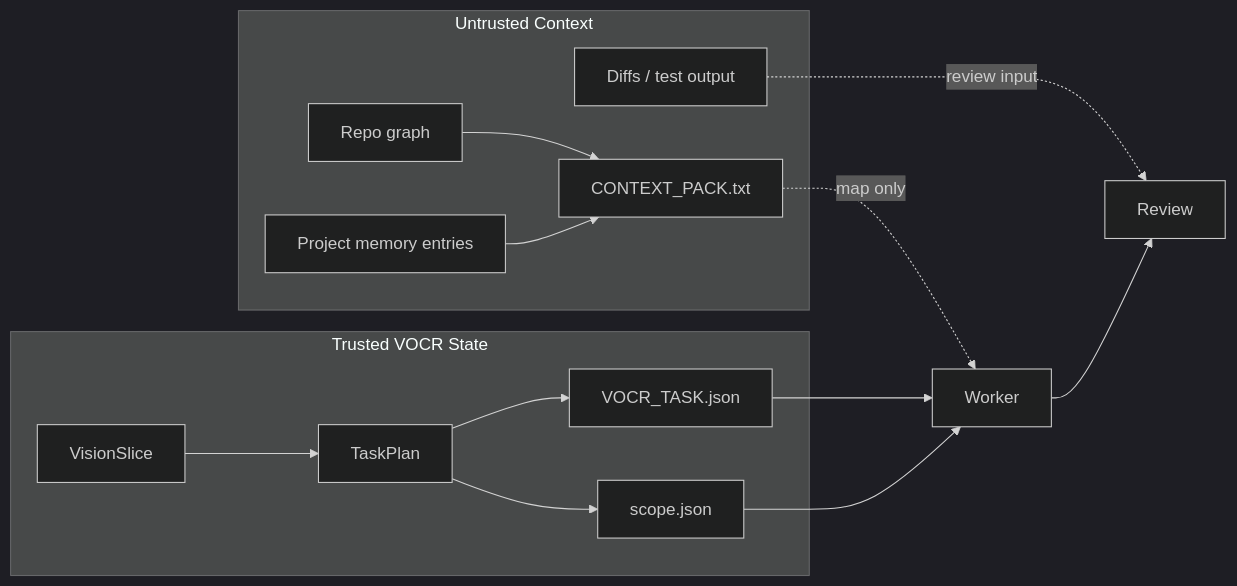
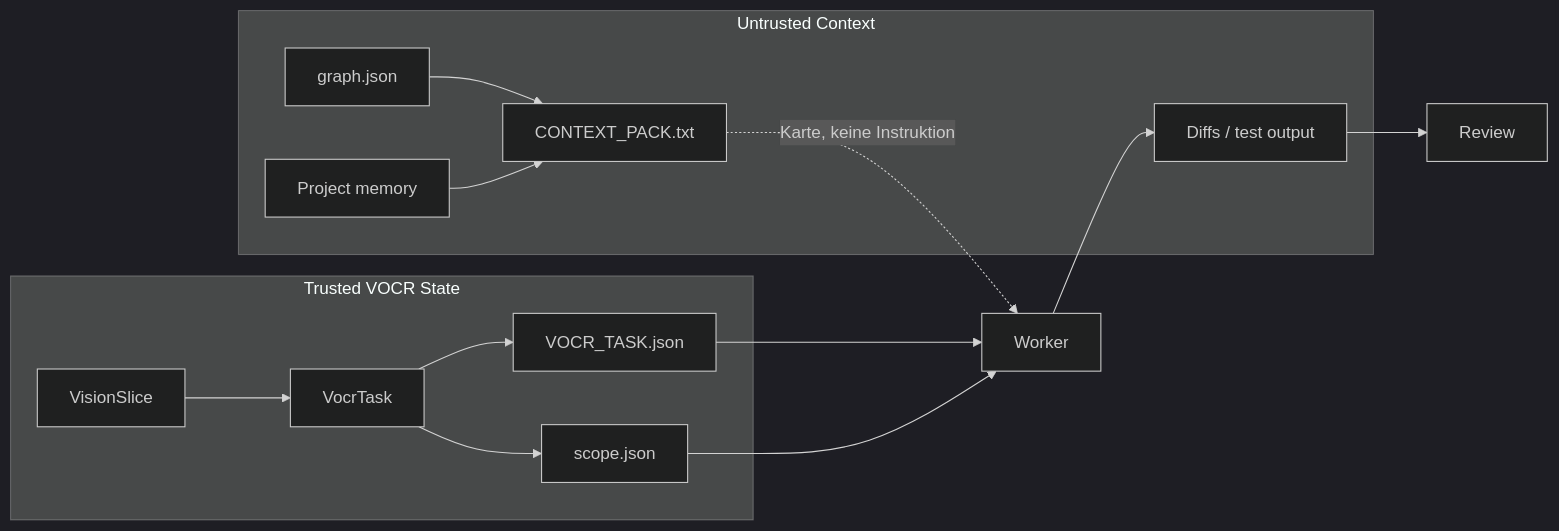
One commit to JeansBraindead/Codex-VOCR changed the third of 3 diagrams in README.md. Above: the diagram before and after it, drawn with Mermaid (dark theme). The commit also changed other lines of this file, not shown here.

````diff
--- a/README.md
+++ b/README.md
@@ -108,26 +160,26 @@
 ```mermaid
 flowchart LR
     subgraph Trusted["Trusted VOCR State"]
         VS["VisionSlice"]
-        TP["TaskPlan"]
-        TC["VOCR_TASK.json"]
-        SP["scope.json"]
+        T["VocrTask"]
+        JSON["VOCR_TASK.json"]
+        SCOPE["scope.json"]
     end
 
     subgraph Untrusted["Untrusted Context"]
-        RG["Repo graph"]
-        CP["CONTEXT_PACK.txt"]
-        DF["Diffs / test output"]
-        PM["Project memory entries"]
+        GRAPH["graph.json"]
+        PACK["CONTEXT_PACK.txt"]
+        DIFF["Diffs / test output"]
+        MEM["Project memory"]
     end
 
-    VS --> TP --> TC
-    TP --> SP
-    RG --> CP
-    PM --> CP
-    CP -. "map only" .-> W["Worker"]
-    TC --> W
-    SP --> W
-    DF -. "review input" .-> RV["Review"]
-    W --> RV
+    VS --> T --> JSON
+    T --> SCOPE
+    GRAPH --> PACK
+    MEM --> PACK
+    JSON --> W["Worker"]
+    SCOPE --> W
+    PACK -. "Karte, keine Instruktion" .-> W
+    W --> DIFF
+    DIFF --> R["Review"]
 ```
````
